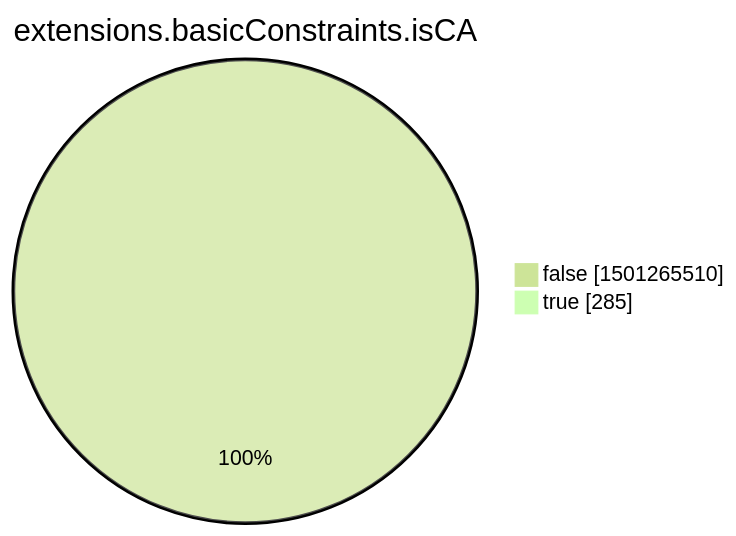
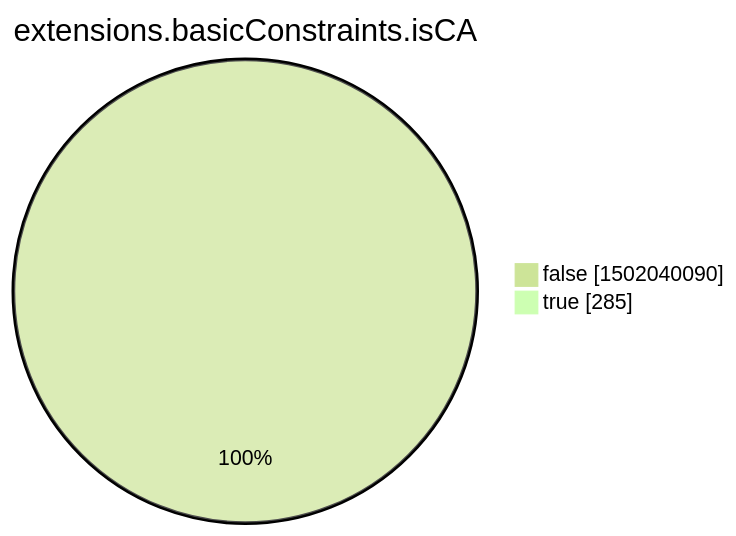
Before and after one commit to christiankrug/ctmonitor_visualization: the eighth of 15 diagrams in xenon2022/README.md, drawn with Mermaid (forest theme). The commit also changed other lines of this file, not shown here.

````diff
--- a/xenon2022/README.md
+++ b/xenon2022/README.md
@@ -2854,6 +2854,6 @@
 ```mermaid
 pie showData
 title extensions.basicConstraints.isCA
-"false" :1501265510
+"false" :1502040090
 "true" :285
 ```
````
